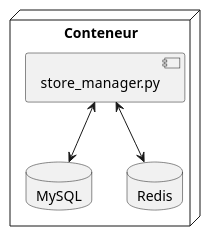
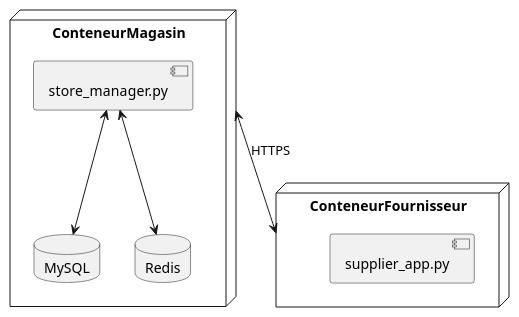
Before and after one commit to guteacher/log430-labo3: the diagram in docs/uml/deployment.puml, drawn with PlantUML. The commit also changed 4 other files, not shown here.

Commit message:
add diagrams

```diff
--- a/docs/uml/deployment.puml
+++ b/docs/uml/deployment.puml
@@ -1,9 +1,15 @@
 @startuml
-  node Conteneur {
+  node ConteneurMagasin {
     component "store_manager.py" 
     database "MySQL"
     database "Redis"
     "store_manager.py" <--> "MySQL"
     "store_manager.py" <--> "Redis"
   }
+
+  node ConteneurFournisseur {
+    component "supplier_app.py" 
+  }
+
+  ConteneurMagasin <--> ConteneurFournisseur : HTTPS
 @enduml
```
